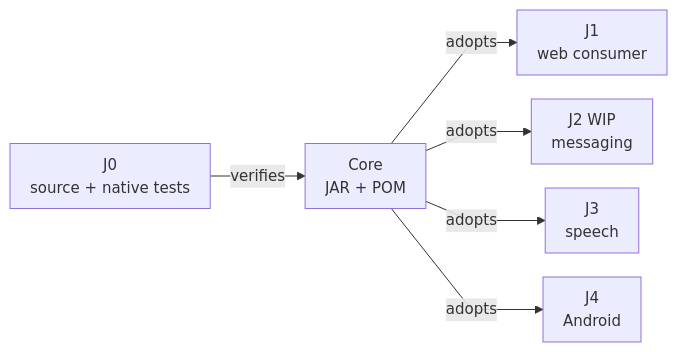
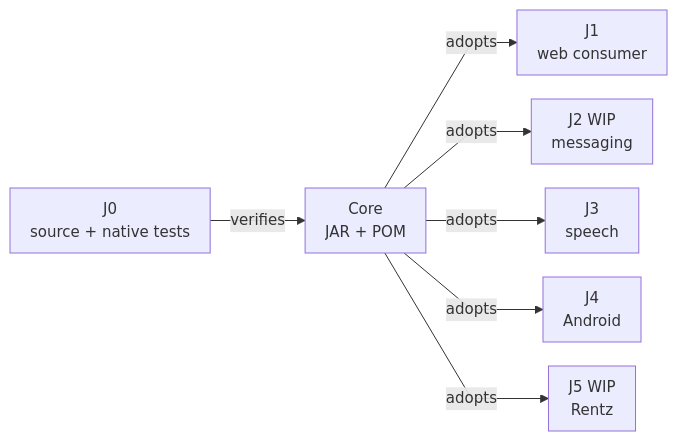
The diagram in docs/ATF_Core_Consumer.md (crististefanita/atf_j0), drawn with Mermaid before and after one commit. The commit also changed other lines of this file and 62 other files, not shown here.

````diff
--- a/docs/ATF_Core_Consumer.md
+++ b/docs/ATF_Core_Consumer.md
@@ -49,9 +49,10 @@
 ```mermaid
 %%{init: {"themeVariables":{"fontSize":"15px"},"themeCSS":".nodeLabel, .nodeLabel p { font-size: 15px !important; line-height: 1.35 !important; } .edgeLabel, .edgeLabel p { font-size: 12px !important; font-weight: 400 !important; line-height: 1.2 !important; } .edgeLabel .labelBkg, .edgeLabel p { background: transparent !important; } .edgeLabel foreignObject { transform: translateY(-18px); overflow: visible; } .node rect { rx: 6px; ry: 6px; }","flowchart":{"curve":"linear","nodeSpacing":24,"rankSpacing":40,"padding":10,"diagramPadding":16}}}%%
 flowchart LR
     Owner["J0<br/>source + native tests"] -->|verifies| Binary["Core<br/>JAR + POM"]
     Binary -->|adopts| J1["J1<br/>web consumer"]
     Binary -->|adopts| J2["J2 WIP<br/>messaging"]
     Binary -->|adopts| J3["J3<br/>speech"]
     Binary -->|adopts| J4["J4<br/>Android"]
+    Binary -->|adopts| J5["J5 WIP<br/>Rentz"]
 ```
````
